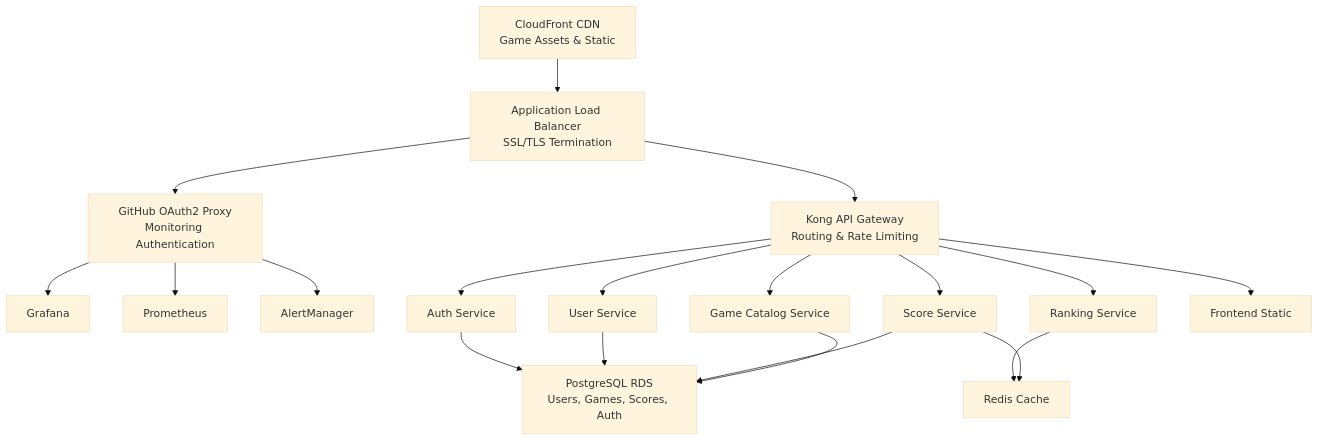
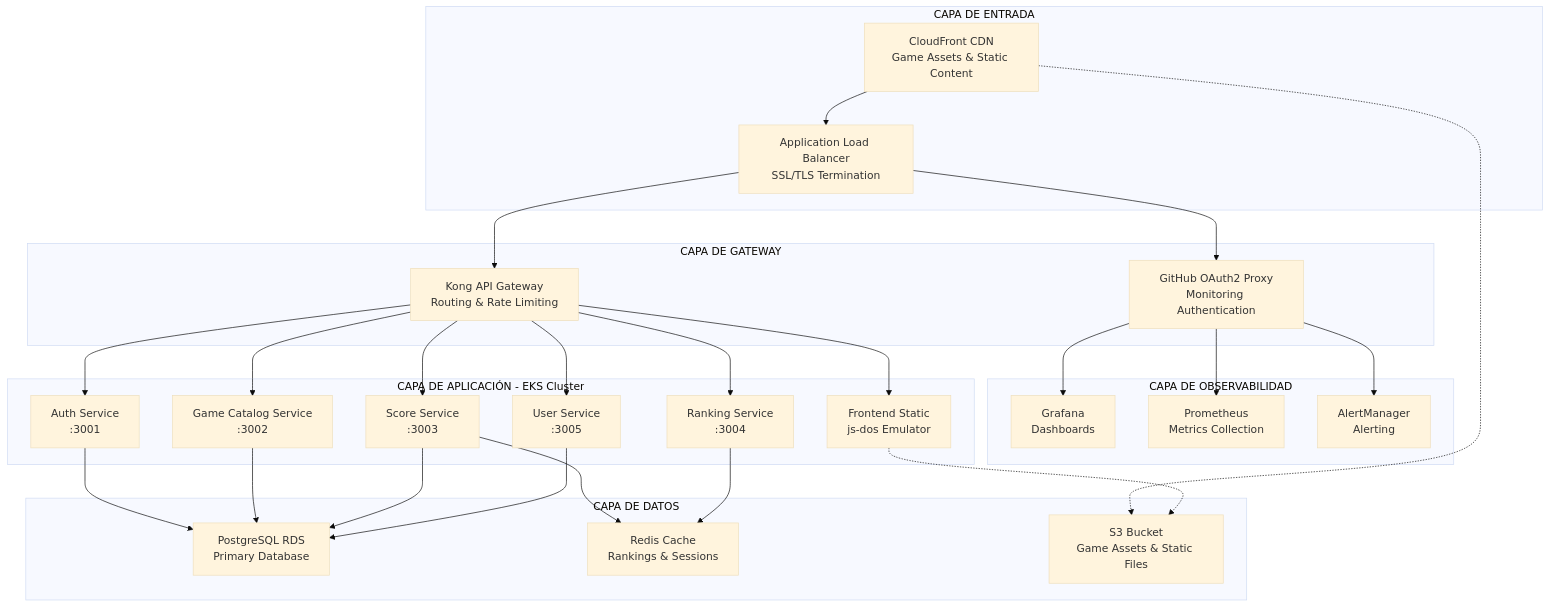
Before and after one commit to retrogamecloud/docs: the first of 3 diagrams in architecture.mdx, drawn with Mermaid (base theme). The commit also changed other lines of this file and 31 other files, not shown here.

````diff
--- a/architecture.mdx
+++ b/architecture.mdx
@@ -13,22 +13,54 @@
 ```mermaid
 graph TD
-    A[CloudFront CDN<br/>Game Assets & Static] --> B[Application Load Balancer<br/>SSL/TLS Termination]
-    B --> C[GitHub OAuth2 Proxy<br/>Monitoring Authentication]
-    C --> D[Grafana]
-    C --> E[Prometheus]
-    C --> F[AlertManager]
-    B --> G[Kong API Gateway<br/>Routing & Rate Limiting]
-    G --> H[Auth Service]
-    G --> I[Game Catalog Service]
-    G --> J[Score Service]
-    G --> K[Ranking Service]
-    G --> L[User Service]
-    G --> M[Frontend Static]
-    H --> N[PostgreSQL RDS<br/>Users, Games, Scores, Auth]
+    subgraph "CAPA DE ENTRADA"
+        A[CloudFront CDN<br/>Game Assets & Static Content]
+        B[Application Load Balancer<br/>SSL/TLS Termination]
+    end
+    
+    subgraph "CAPA DE GATEWAY"
+        C[GitHub OAuth2 Proxy<br/>Monitoring Authentication]
+        G[Kong API Gateway<br/>Routing & Rate Limiting]
+    end
+    
+    subgraph "CAPA DE OBSERVABILIDAD"
+        D[Grafana<br/>Dashboards]
+        E[Prometheus<br/>Metrics Collection]
+        F[AlertManager<br/>Alerting]
+    end
+    
+    subgraph "CAPA DE APLICACIÓN - EKS Cluster"
+        H[Auth Service<br/>:3001]
+        I[Game Catalog Service<br/>:3002]
+        J[Score Service<br/>:3003]
+        K[Ranking Service<br/>:3004]
+        L[User Service<br/>:3005]
+        M[Frontend Static<br/>js-dos Emulator]
+    end
+    
+    subgraph "CAPA DE DATOS"
+        N[PostgreSQL RDS<br/>Primary Database]
+        O[Redis Cache<br/>Rankings & Sessions]
+        P[S3 Bucket<br/>Game Assets & Static Files]
+    end
+    
+    A --> B
+    B --> C
+    B --> G
+    C --> D
+    C --> E
+    C --> F
+    G --> H
+    G --> I
+    G --> J
+    G --> K
+    G --> L
+    G --> M
+    H --> N
+    I --> N
+    J --> N
+    J --> O
+    K --> O
     L --> N
-    J --> N
-    I --> N
-    K --> O[Redis Cache]
-    J --> O
-
+    A -.-> P
+    M -.-> P
 ```
````
